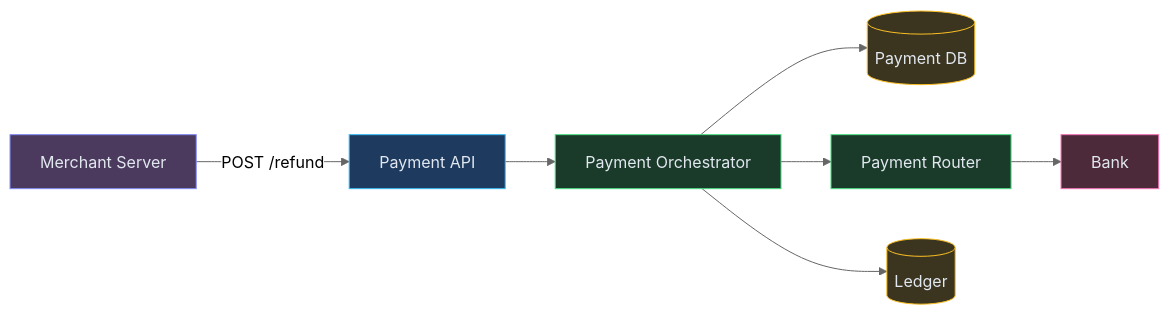
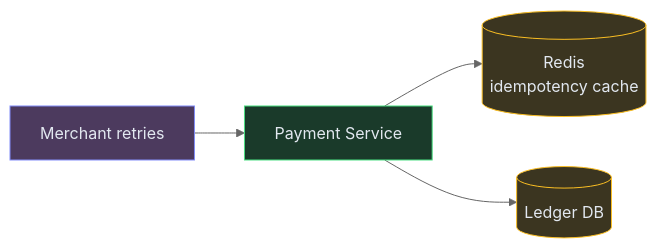
One commit to iluzn/HLD-Designs changed the third of 4 diagrams in content/hld/PaymentSystem.md. Above: the diagram before and after it, drawn with Mermaid (neutral theme). The commit also changed other lines of this file and 8 other files, not shown here.

````diff
--- a/content/hld/PaymentSystem.md
+++ b/content/hld/PaymentSystem.md
@@ -209,23 +123,15 @@
 ```mermaid
 flowchart LR
-    MERCHANT["Merchant Server"]:::client
-    API["Payment API"]:::edge
-    ORCH["Payment Orchestrator"]:::service
-    DB[("Payment DB")]:::data
-    ROUTER["Payment Router"]:::service
-    BANK["Bank"]:::external
-    LEDGER[("Ledger")]:::data
+    MERCHANT["Merchant retries"]:::client
+    API["Payment Service"]:::service
+    DB[("Ledger DB")]:::data
+    CACHE[("Redis<br/>idempotency cache")]:::data
 
-    MERCHANT -->|"POST /refund"| API
-    API --> ORCH
-    ORCH --> DB
-    ORCH --> ROUTER
-    ROUTER --> BANK
-    ORCH --> LEDGER
+    MERCHANT --> API
+    API --> CACHE
+    API --> DB
 
     classDef client fill:#4c3a5e,stroke:#818cf8,color:#e2e8f0
-    classDef edge fill:#1e3a5f,stroke:#38bdf8,color:#e2e8f0
     classDef service fill:#1a3a2a,stroke:#4ade80,color:#e2e8f0
     classDef data fill:#3b3520,stroke:#fbbf24,color:#e2e8f0
-    classDef external fill:#4c2a3a,stroke:#f472b6,color:#e2e8f0
 ```
````
